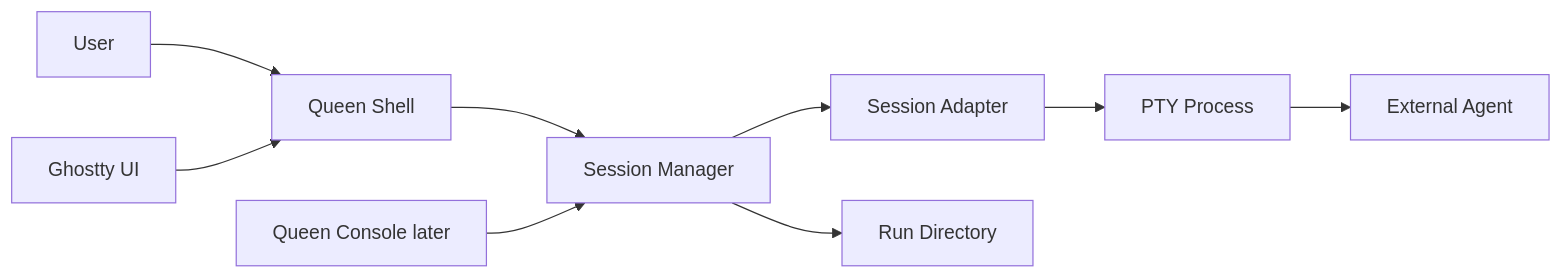
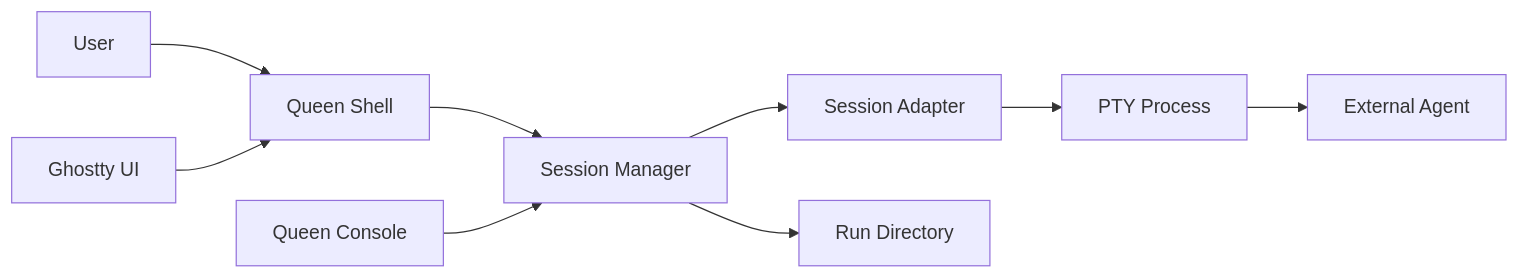
Before and after one commit to russ-p/paseka: the diagram in docs/006-interactive-sessions.md, drawn with Mermaid. The commit also changed other lines of this file and 30 other files, not shown here.

Commit message:
Add browser terminal attach for Queen Console sessions via WebSocket PTY relay.

````diff
--- a/docs/006-interactive-sessions.md
+++ b/docs/006-interactive-sessions.md
@@ -18,11 +18,11 @@
 ```mermaid
 flowchart LR
   user[User] --> queenShell[Queen Shell]
   queenShell --> sessionManager[Session Manager]
   sessionManager --> sessionAdapter[Session Adapter]
   sessionAdapter --> pty[PTY Process]
   pty --> externalAgent[External Agent]
   sessionManager --> runDir[Run Directory]
   ghostty[Ghostty UI] --> queenShell
-  queenConsole[Queen Console later] --> sessionManager
+  queenConsole[Queen Console] --> sessionManager
 ```
````
